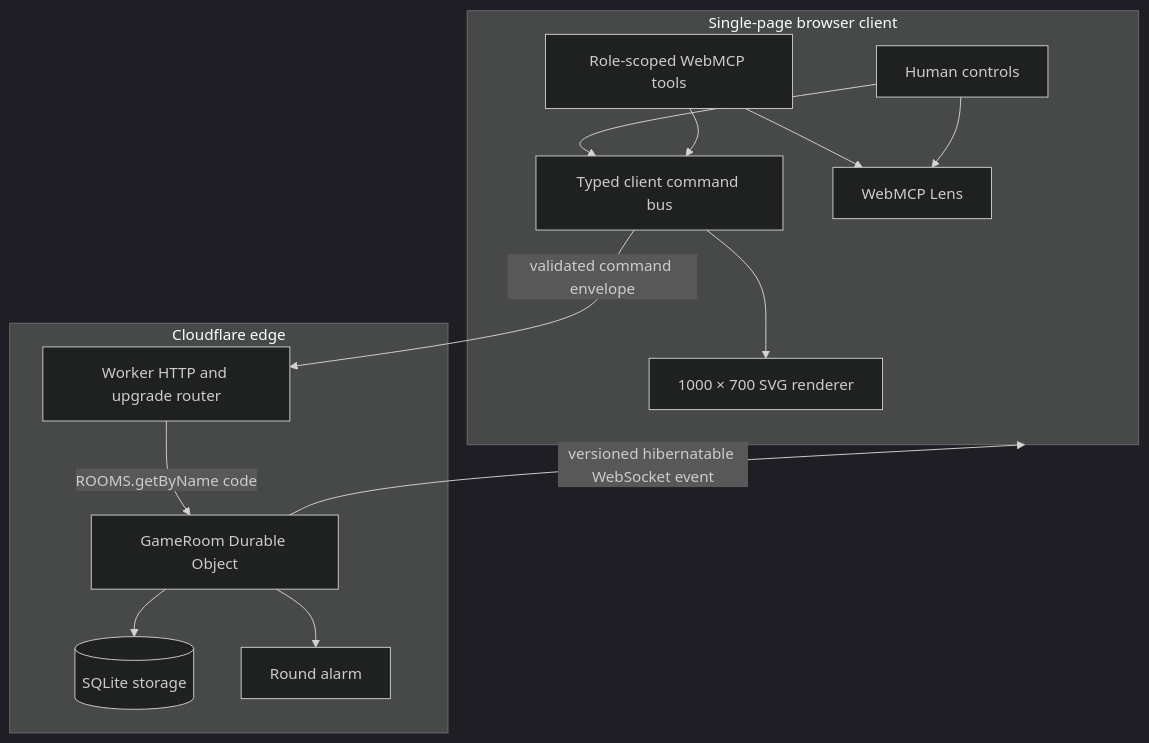
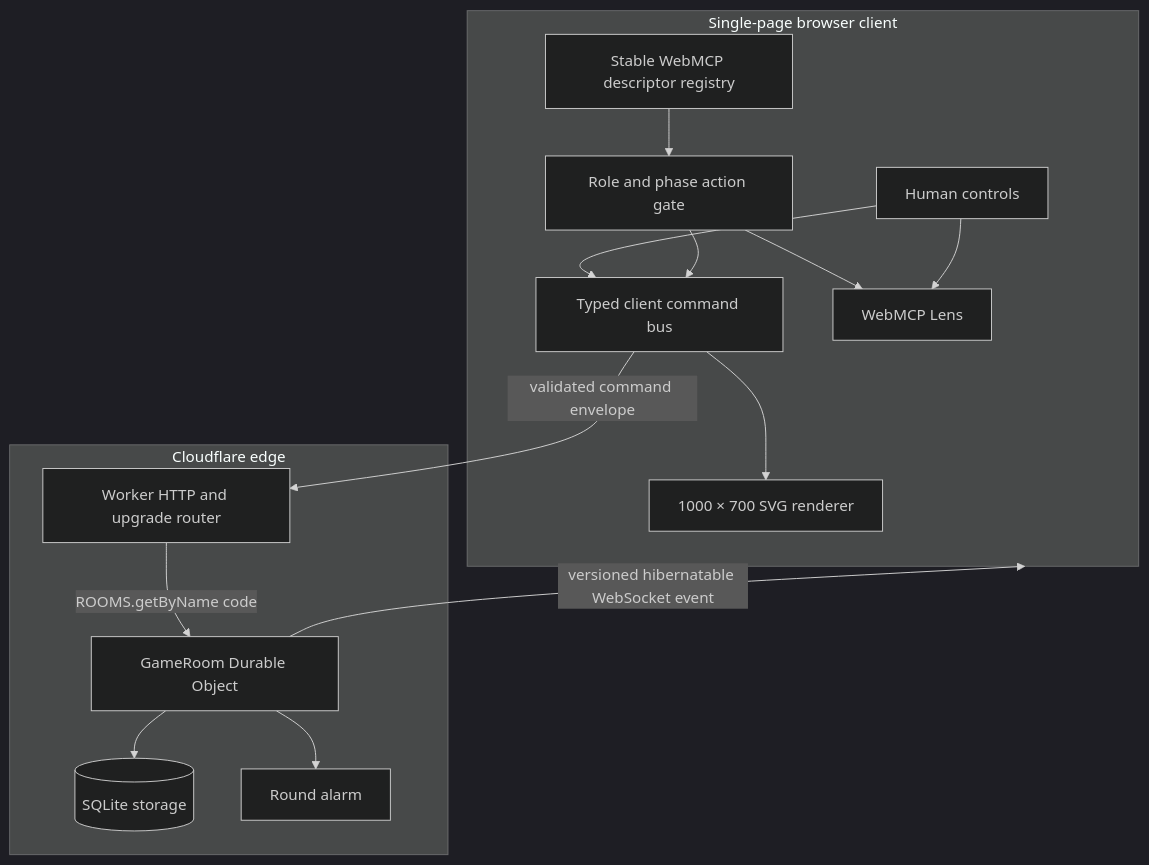
One commit to yaboijbigs/mcpencil changed the first of 4 diagrams in docs/ARCHITECTURE.md. Above: the diagram before and after it, drawn with Mermaid (dark theme). The commit also changed other lines of this file and 11 other files, not shown here.

Commit message:
Stabilize live strokes and WebMCP matches

````diff
--- a/docs/ARCHITECTURE.md
+++ b/docs/ARCHITECTURE.md
@@ -7,28 +7,30 @@
 ```mermaid
 flowchart TB
     subgraph Browser[Single-page browser client]
       UI[Human controls]
-      MCP[Role-scoped WebMCP tools]
+      MCP[Stable WebMCP descriptor registry]
+      GATE[Role and phase action gate]
       BUS[Typed client command bus]
       SVG[1000 × 700 SVG renderer]
       LENS[WebMCP Lens]
       UI --> BUS
-      MCP --> BUS
+      MCP --> GATE
+      GATE --> BUS
       BUS --> SVG
-      MCP --> LENS
+      GATE --> LENS
       UI --> LENS
     end
 
     subgraph Edge[Cloudflare edge]
       ROUTER[Worker HTTP and upgrade router]
       DO[GameRoom Durable Object]
       SQL[(SQLite storage)]
       ALARM[Round alarm]
       ROUTER -->|ROOMS.getByName code| DO
       DO --> SQL
       DO --> ALARM
     end
 
     BUS -->|validated command envelope| ROUTER
     DO -->|versioned hibernatable WebSocket event| Browser
 ```
````
